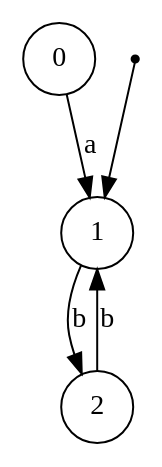
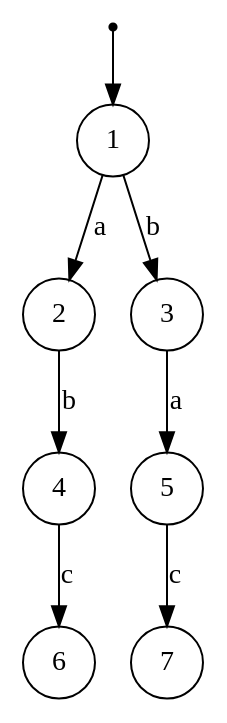
Before and after one commit to Reithger/Finite-State-Machine-Model: the diagram in dotsource.dot, drawn with Graphviz. The commit also changed 23 other files, not shown here.

```diff
--- a/dotsource.dot
+++ b/dotsource.dot
@@ -1,10 +1,17 @@
 digraph G {
-"0"[shape = circle color = "black"];
 "1"[shape = circle color = "black"];
 "___NEVER_USE_THIS_NAME___1"[fontSize = 1 shape = point]; 
 {"___NEVER_USE_THIS_NAME___1"}->{"1"}; 
 "2"[shape = circle color = "black"];
-"2"->{"1"} [label = "b" color = "black" arrowhead = "normal" ]; 
-"1"->{"2"} [label = "b" color = "black" arrowhead = "normal" ]; 
-"0"->{"1"} [label = "a" color = "black" arrowhead = "normal" ]; 
+"3"[shape = circle color = "black"];
+"4"[shape = circle color = "black"];
+"5"[shape = circle color = "black"];
+"6"[shape = circle color = "black"];
+"7"[shape = circle color = "black"];
+"5"->{"7"} [label = "c" color = "black" arrowhead = "normal" ]; 
+"3"->{"5"} [label = "a" color = "black" arrowhead = "normal" ]; 
+"1"->{"2"} [label = "a" color = "black" arrowhead = "normal" ]; 
+"1"->{"3"} [label = "b" color = "black" arrowhead = "normal" ]; 
+"4"->{"6"} [label = "c" color = "black" arrowhead = "normal" ]; 
+"2"->{"4"} [label = "b" color = "black" arrowhead = "normal" ]; 
 }
```
